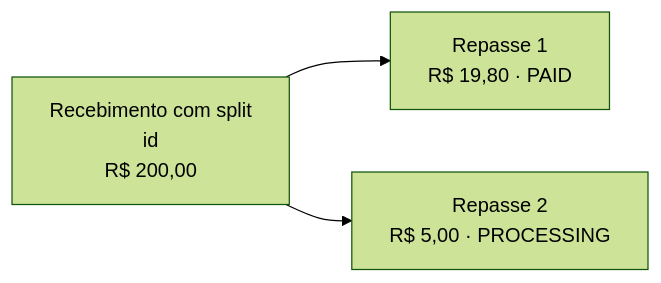
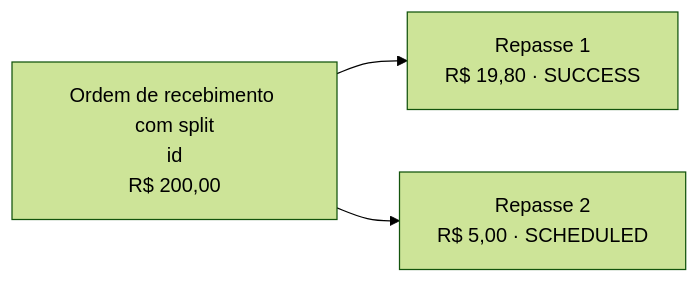
The first of 2 diagrams in guias/split-pagamentos/acompanhar-repasses.mdx (tech-andrade/docs), drawn with Mermaid (forest theme) before and after one commit. The commit also changed other lines of this file and 16 other files, not shown here.

````diff
--- a/guias/split-pagamentos/acompanhar-repasses.mdx
+++ b/guias/split-pagamentos/acompanhar-repasses.mdx
@@ -25,5 +25,5 @@
 ```mermaid
 flowchart LR
-    A["Recebimento com split<br/>id<br/>R$ 200,00"] --> B["Repasse 1<br/>R$ 19,80 · PAID"]
-    A --> C["Repasse 2<br/>R$ 5,00 · PROCESSING"]
+    A["Ordem de recebimento com split<br/>id<br/>R$ 200,00"] --> B["Repasse 1<br/>R$ 19,80 · SUCCESS"]
+    A --> C["Repasse 2<br/>R$ 5,00 · SCHEDULED"]
 ```
````
